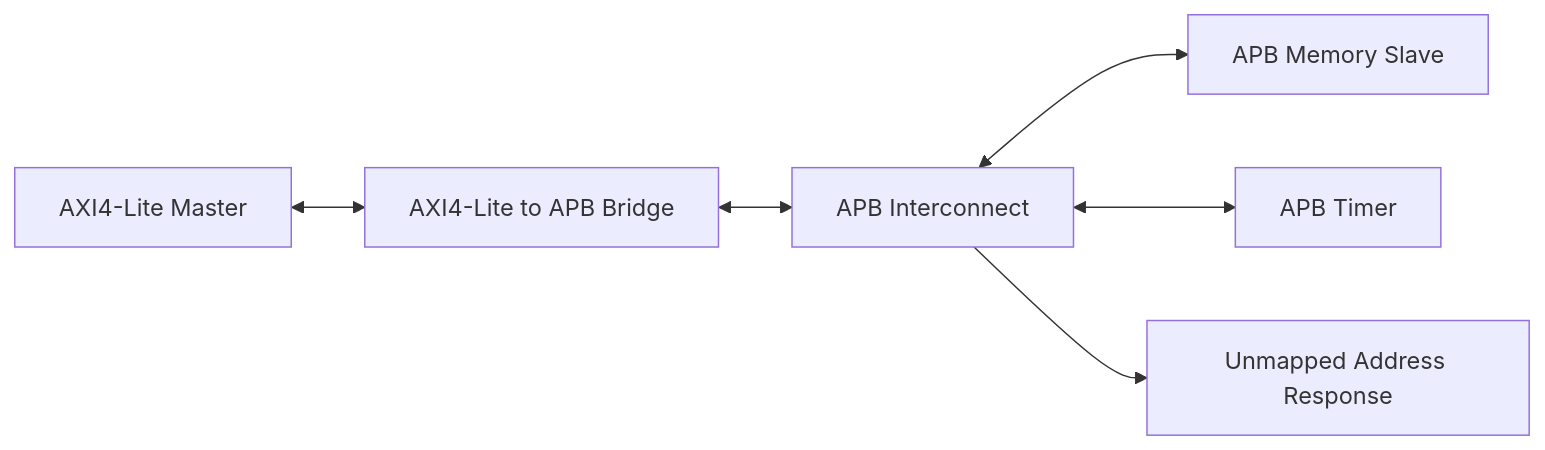
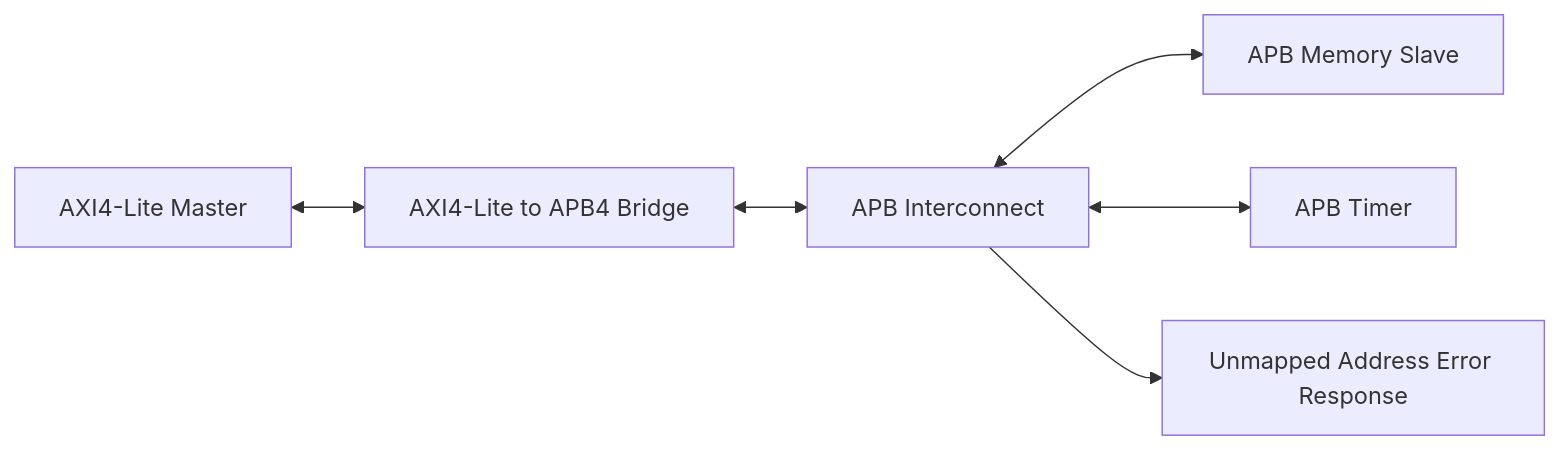
One commit to singhjavinash-cmd/AMBA_PROTOCOL changed the diagram in README.md. Above: the diagram before and after it, drawn with Mermaid. The commit also changed other lines of this file, not shown here.

````diff
--- a/README.md
+++ b/README.md
@@ -11,8 +11,8 @@
 ```mermaid
 flowchart LR
-    A[AXI4-Lite Master] <--> B[AXI4-Lite to APB Bridge]
+    A[AXI4-Lite Master] <--> B[AXI4-Lite to APB4 Bridge]
     B <--> C[APB Interconnect]
     C <--> D[APB Memory Slave]
     C <--> E[APB Timer]
-    C --> F[Unmapped Address Response]
+    C --> F[Unmapped Address Error Response]
 ```
````
